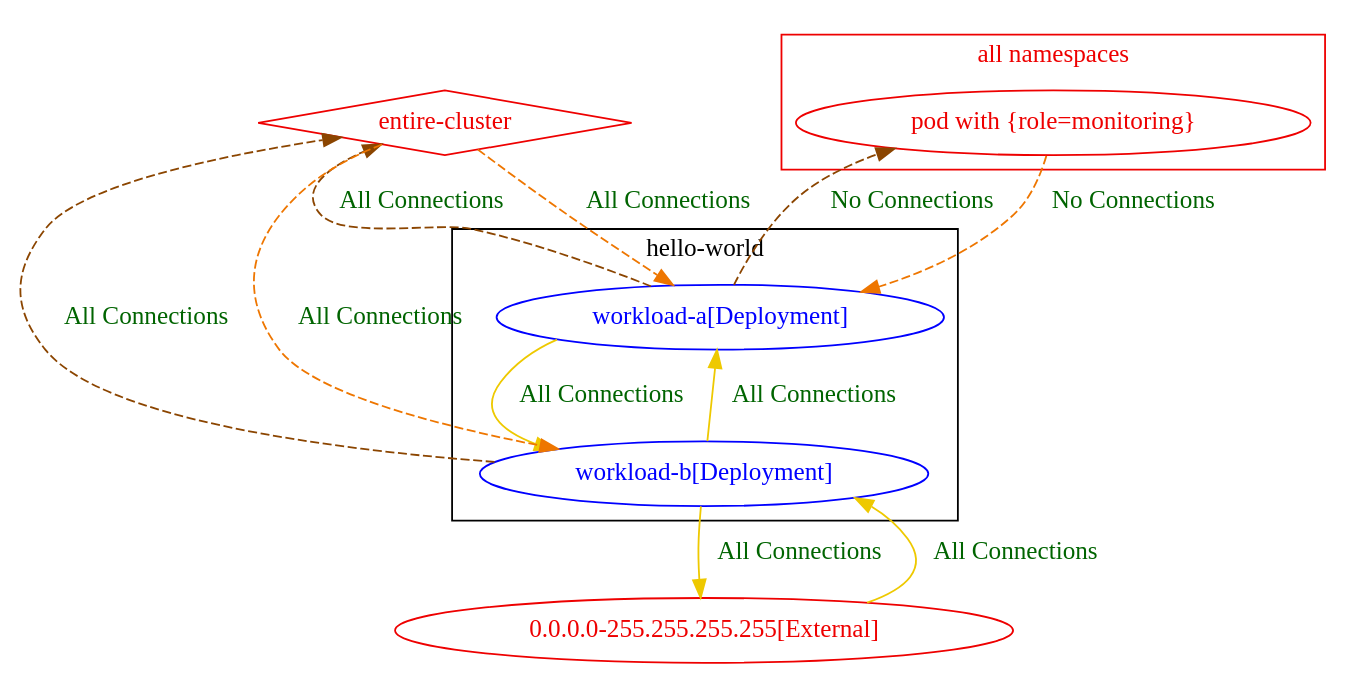
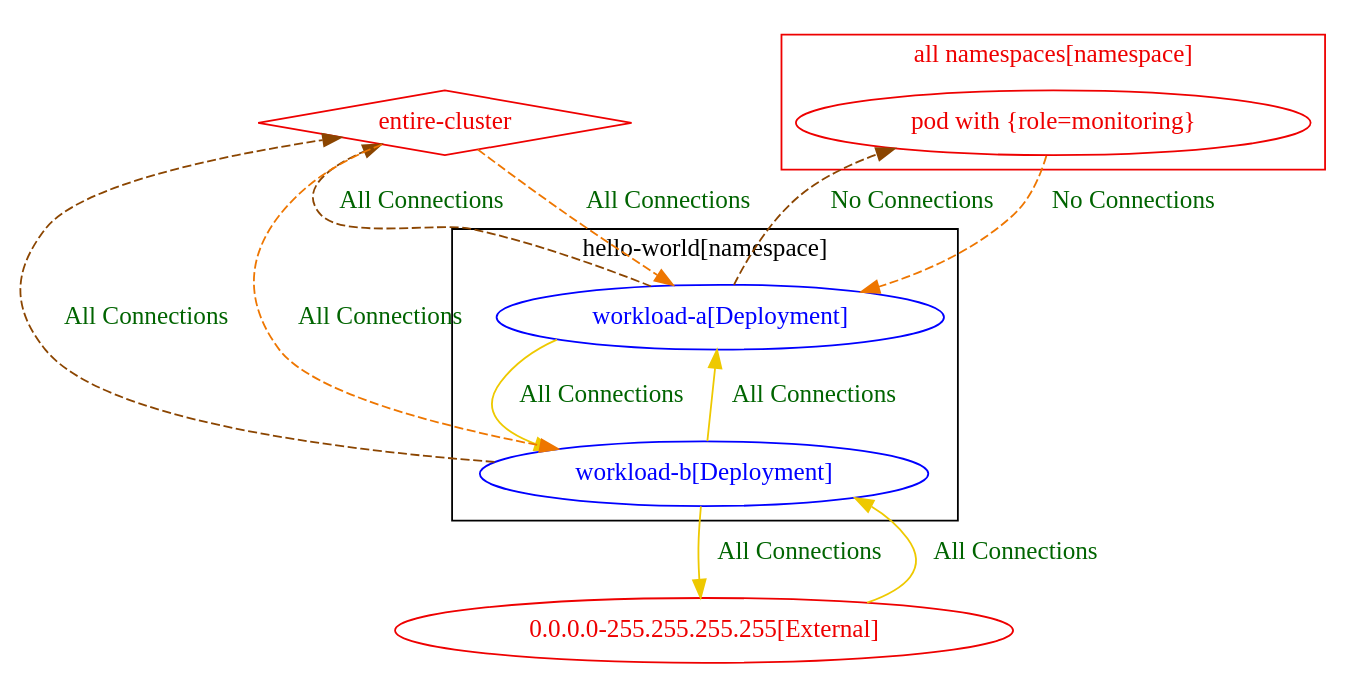
The diagram in test_outputs/connlist/exposure_test_with_anp_16_exposure_output.dot (np-guard/netpol-analyzer), drawn with Graphviz before and after one commit. The commit also changed 475 other files, not shown here.

Commit message:
dot/graph output : add [namespace] to the namespace group name (unless it is a udn)

```diff
--- a/test_outputs/connlist/exposure_test_with_anp_16_exposure_output.dot
+++ b/test_outputs/connlist/exposure_test_with_anp_16_exposure_output.dot
@@ -1,27 +1,27 @@
 digraph {
-	subgraph "cluster_hello_world" {
+	subgraph "cluster_hello_world[namespace]" {
 		color="black"
 		fontcolor="black"
 		"hello-world/workload-a[Deployment]" [label="workload-a[Deployment]" color="blue" fontcolor="blue"]
 		"hello-world/workload-b[Deployment]" [label="workload-b[Deployment]" color="blue" fontcolor="blue"]
-		label="hello-world"
+		label="hello-world[namespace]"
 	}
-	subgraph "cluster_all namespaces" {
+	subgraph "cluster_all namespaces[namespace]" {
 		color="red2"
 		fontcolor="red2"
 		"pod with {role=monitoring}_in_all namespaces" [label="pod with {role=monitoring}" color="red2" fontcolor="red2"]
-		label="all namespaces"
+		label="all namespaces[namespace]"
 	}
 	"0.0.0.0-255.255.255.255[External]" [label="0.0.0.0-255.255.255.255[External]" color="red2" fontcolor="red2"]
 	"entire-cluster" [label="entire-cluster" color="red2" fontcolor="red2" shape=diamond]
 	"0.0.0.0-255.255.255.255[External]" -> "hello-world/workload-b[Deployment]" [label="All Connections" color="gold2" fontcolor="darkgreen" weight=0.5]
 	"entire-cluster" -> "hello-world/workload-a[Deployment]" [label="All Connections" color="darkorange2" fontcolor="darkgreen" weight=1 style=dashed]
 	"entire-cluster" -> "hello-world/workload-b[Deployment]" [label="All Connections" color="darkorange2" fontcolor="darkgreen" weight=1 style=dashed]
 	"hello-world/workload-a[Deployment]" -> "entire-cluster" [label="All Connections" color="darkorange4" fontcolor="darkgreen" weight=0.5 style=dashed]
 	"hello-world/workload-a[Deployment]" -> "hello-world/workload-b[Deployment]" [label="All Connections" color="gold2" fontcolor="darkgreen" weight=0.5]
 	"hello-world/workload-a[Deployment]" -> "pod with {role=monitoring}_in_all namespaces" [label="No Connections" color="darkorange4" fontcolor="darkgreen" weight=0.5 style=dashed]
 	"hello-world/workload-b[Deployment]" -> "0.0.0.0-255.255.255.255[External]" [label="All Connections" color="gold2" fontcolor="darkgreen" weight=1]
 	"hello-world/workload-b[Deployment]" -> "entire-cluster" [label="All Connections" color="darkorange4" fontcolor="darkgreen" weight=0.5 style=dashed]
 	"hello-world/workload-b[Deployment]" -> "hello-world/workload-a[Deployment]" [label="All Connections" color="gold2" fontcolor="darkgreen" weight=1]
 	"pod with {role=monitoring}_in_all namespaces" -> "hello-world/workload-a[Deployment]" [label="No Connections" color="darkorange2" fontcolor="darkgreen" weight=1 style=dashed]
 }
```
